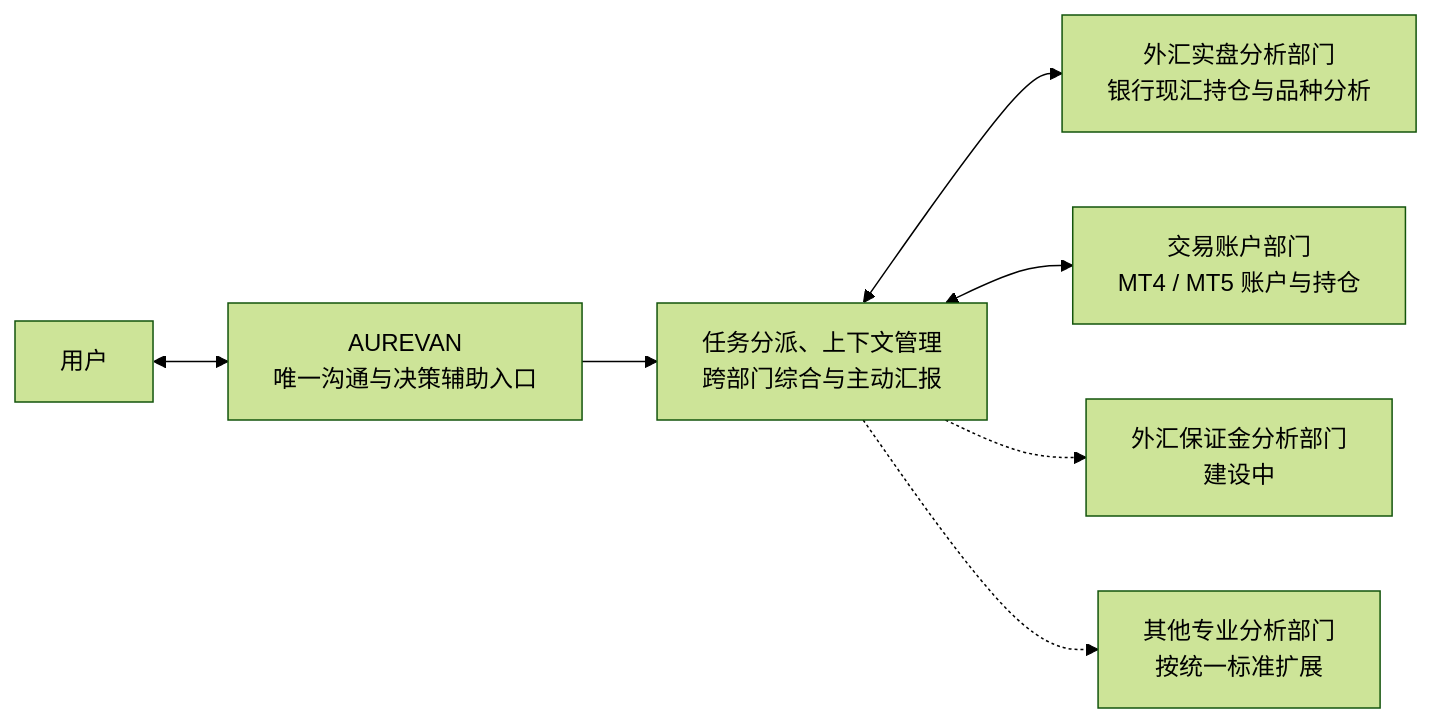
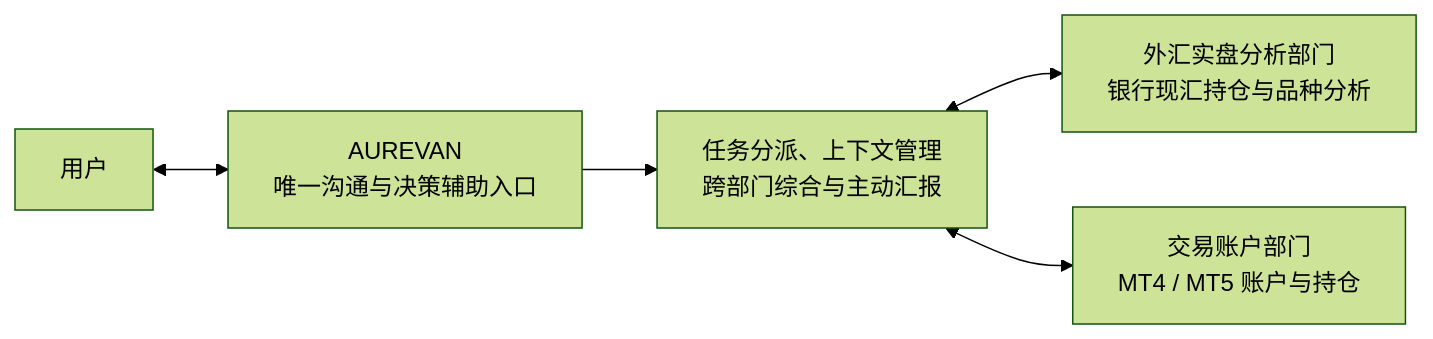
The first of 3 diagrams in README.md (zhoujianli1990-hue/aurevan-product-case), drawn with Mermaid (forest theme) before and after one commit. The commit also changed other lines of this file, not shown here.

````diff
--- a/README.md
+++ b/README.md
@@ -48,9 +67,7 @@
 ```mermaid
 flowchart LR
     U["用户"] <--> A["AUREVAN<br/>唯一沟通与决策辅助入口"]
     A --> O["任务分派、上下文管理<br/>跨部门综合与主动汇报"]
     O <--> F["外汇实盘分析部门<br/>银行现汇持仓与品种分析"]
     O <--> T["交易账户部门<br/>MT4 / MT5 账户与持仓"]
-    O -.-> M["外汇保证金分析部门<br/>建设中"]
-    O -.-> G["其他专业分析部门<br/>按统一标准扩展"]
 ```
````
